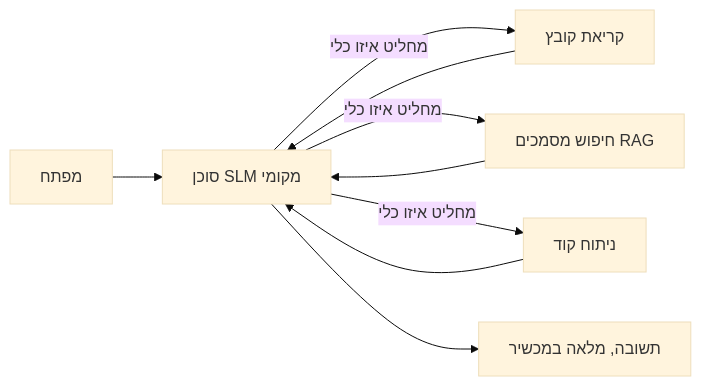
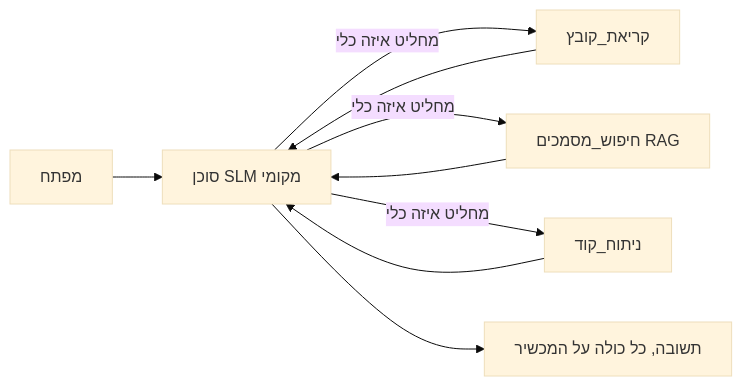
One commit to microsoft/ai-agents-for-beginners changed the first of 4 diagrams in translations/he/17-creating-local-ai-agents/README.md. Above: the diagram before and after it, drawn with Mermaid (base theme). The commit also changed other lines of this file and 47 other files, not shown here.

````diff
--- a/translations/he/17-creating-local-ai-agents/README.md
+++ b/translations/he/17-creating-local-ai-agents/README.md
@@ -66,11 +66,11 @@
 ```mermaid
 flowchart LR
     U[מפתח] --> A[סוכן SLM מקומי]
-    A -->|מחליט איזו כלי| T1[קריאת קובץ]
-    A -->|מחליט איזו כלי| T2[חיפוש מסמכים RAG]
-    A -->|מחליט איזו כלי| T3[ניתוח קוד]
+    A -->|מחליט איזה כלי| T1[קריאת_קובץ]
+    A -->|מחליט איזה כלי| T2[חיפוש_מסמכים RAG]
+    A -->|מחליט איזה כלי| T3[ניתוח_קוד]
     T1 --> A
     T2 --> A
     T3 --> A
-    A --> R[תשובה, מלאה במכשיר]
+    A --> R[תשובה, כל כולה על המכשיר]
 ```
````
